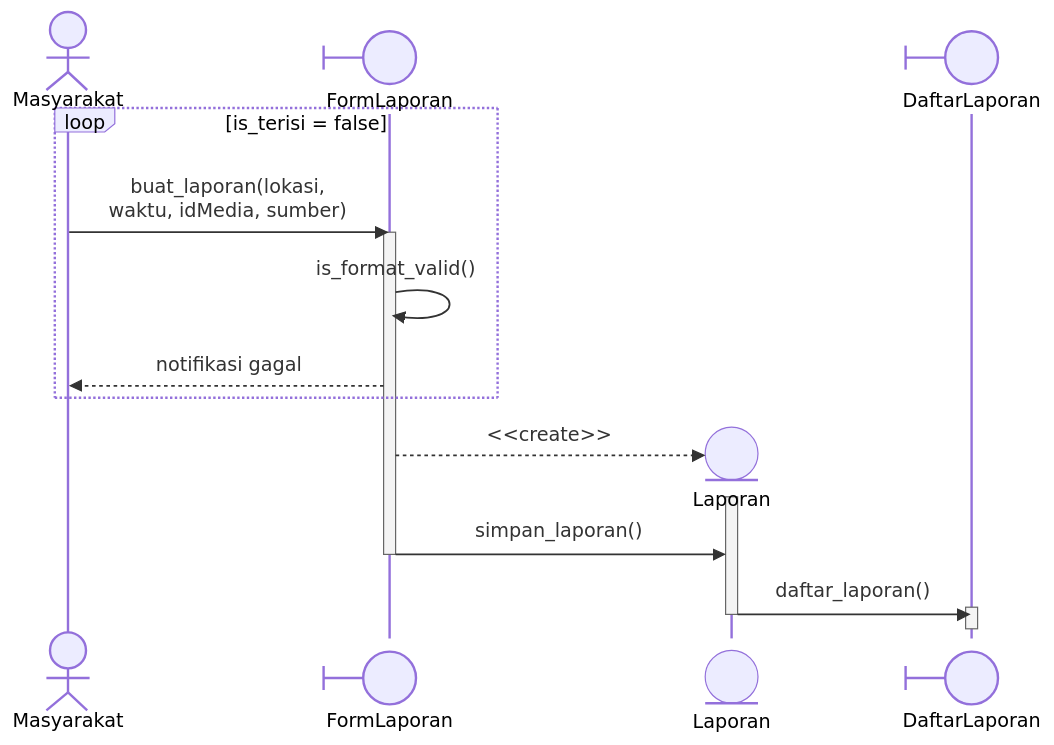
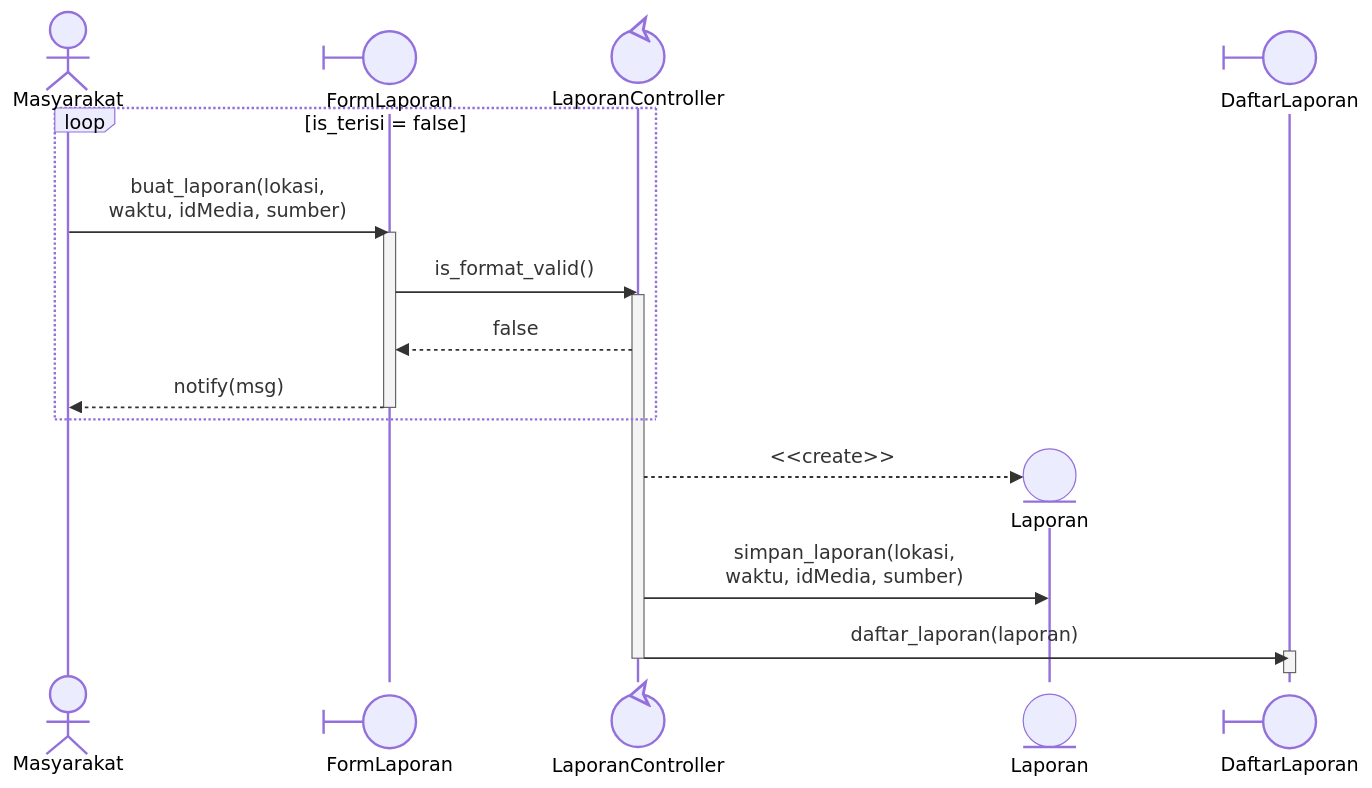
Before and after one commit to star-scripter/IF2150-RPL-K03-G02: the fourth of 6 diagrams in docs/M7/K03_G02_DPPL.md, drawn with Mermaid. The commit also changed other lines of this file, not shown here.

````diff
--- a/docs/M7/K03_G02_DPPL.md
+++ b/docs/M7/K03_G02_DPPL.md
@@ -333,25 +339,27 @@
 ```mermaid
 %%{init: {'themeCSS': '.actor-line { stroke-dasharray: 4, 4; }'}}%%
 sequenceDiagram
     actor M as Masyarakat;
     participant FL@{"type":"boundary"} as FormLaporan;
+    participant LC@{"type":"control"} as LaporanController
 
     loop is_terisi = false
         M->>FL: buat_laporan(lokasi, <br/>waktu, idMedia, sumber);
         activate FL;
-        FL->>FL: is_format_valid()
-        FL-->>M: notifikasi gagal
+        FL->>LC: is_format_valid()
+        activate LC;
+        LC-->>FL: false
+        FL-->>M: notify(msg)
+        deactivate FL;
     end
     
     create participant L@{"type":"entity"} as Laporan;
-    FL-->>L: <<create>>
-    activate L;
-    FL->>L: simpan_laporan()
-    deactivate FL;
+    LC-->>L: <<create>>
+    LC->>L: simpan_laporan(lokasi, <br/>waktu, idMedia, sumber)
     
     participant DL@{"type":"boundary"} as DaftarLaporan;
-    L->>DL: daftar_laporan()
+    LC->>DL: daftar_laporan(laporan)
     activate DL;
-    deactivate L;
     deactivate DL;
+    deactivate LC;
 ```
````
